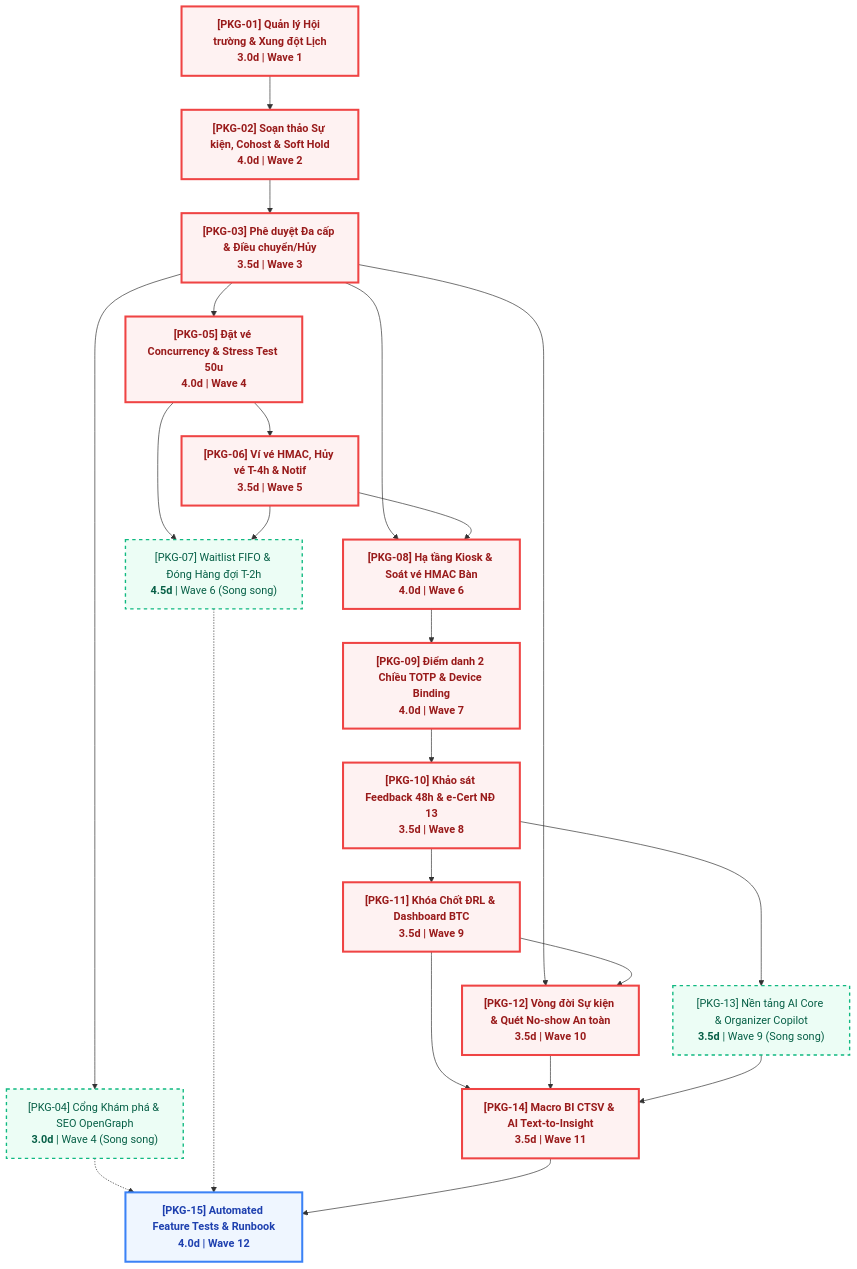
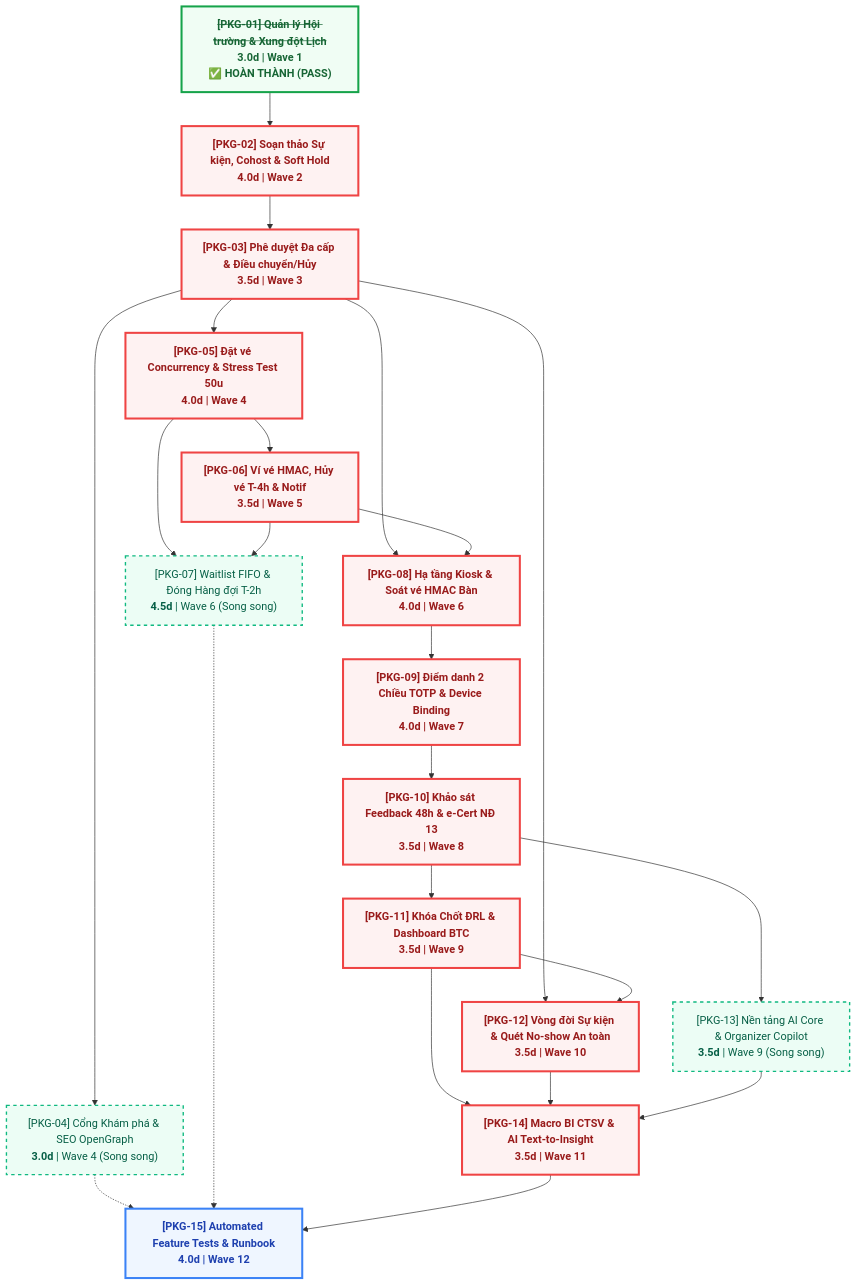
Before and after one commit to tuannba241006/CEHMainProject: the diagram in docs/plans/Phase_2_Work_Packages.md, drawn with Mermaid. The commit also changed other lines of this file and 1 other file, not shown here.

````diff
--- a/docs/plans/Phase_2_Work_Packages.md
+++ b/docs/plans/Phase_2_Work_Packages.md
@@ -45,62 +102,63 @@
 ```mermaid
 flowchart TD
     %% Node Styling Definitions
     classDef criticalPath fill:#fef2f2,stroke:#ef4444,stroke-width:3px,color:#991b1b,font-weight:bold;
     classDef parallelTrack fill:#ecfdf5,stroke:#10b981,stroke-width:2px,stroke-dasharray: 5 5,color:#065f46;
     classDef finalHarness fill:#eff6ff,stroke:#3b82f6,stroke-width:3px,color:#1e40af,font-weight:bold;
+    classDef completed fill:#f0fdf4,stroke:#16a34a,stroke-width:3px,color:#166534,font-weight:bold;
 
     %% Work Packages Nodes
-    PKG01["[PKG-01] Quản lý Hội trường & Xung đột Lịch<br/><b>3.0d</b> | Wave 1"]:::criticalPath
+    PKG01["<s>[PKG-01] Quản lý Hội trường & Xung đột Lịch</s><br/><b>3.0d</b> | Wave 1<br/>✅ <b>HOÀN THÀNH (PASS)</b>"]:::completed
     PKG02["[PKG-02] Soạn thảo Sự kiện, Cohost & Soft Hold<br/><b>4.0d</b> | Wave 2"]:::criticalPath
     PKG03["[PKG-03] Phê duyệt Đa cấp & Điều chuyển/Hủy<br/><b>3.5d</b> | Wave 3"]:::criticalPath
 
     PKG04["[PKG-04] Cổng Khám phá & SEO OpenGraph<br/><b>3.0d</b> | Wave 4 (Song song)"]:::parallelTrack
     PKG05["[PKG-05] Đặt vé Concurrency & Stress Test 50u<br/><b>4.0d</b> | Wave 4"]:::criticalPath
 
     PKG06["[PKG-06] Ví vé HMAC, Hủy vé T-4h & Notif<br/><b>3.5d</b> | Wave 5"]:::criticalPath
     PKG07["[PKG-07] Waitlist FIFO & Đóng Hàng đợi T-2h<br/><b>4.5d</b> | Wave 6 (Song song)"]:::parallelTrack
     PKG08["[PKG-08] Hạ tầng Kiosk & Soát vé HMAC Bàn<br/><b>4.0d</b> | Wave 6"]:::criticalPath
 
     PKG09["[PKG-09] Điểm danh 2 Chiều TOTP & Device Binding<br/><b>4.0d</b> | Wave 7"]:::criticalPath
     PKG10["[PKG-10] Khảo sát Feedback 48h & e-Cert NĐ 13<br/><b>3.5d</b> | Wave 8"]:::criticalPath
 
     PKG11["[PKG-11] Khóa Chốt ĐRL & Dashboard BTC<br/><b>3.5d</b> | Wave 9"]:::criticalPath
     PKG12["[PKG-12] Vòng đời Sự kiện & Quét No-show An toàn<br/><b>3.5d</b> | Wave 10"]:::criticalPath
 
     PKG13["[PKG-13] Nền tảng AI Core & Organizer Copilot<br/><b>3.5d</b> | Wave 9 (Song song)"]:::parallelTrack
     PKG14["[PKG-14] Macro BI CTSV & AI Text-to-Insight<br/><b>3.5d</b> | Wave 11"]:::criticalPath
 
     PKG15["[PKG-15] Automated Feature Tests & Runbook<br/><b>4.0d</b> | Wave 12"]:::finalHarness
 
     %% Edges (Dependencies)
     PKG01 --> PKG02
     PKG02 --> PKG03
 
     PKG03 --> PKG04
     PKG03 --> PKG05
 
     PKG05 --> PKG06
 
     PKG05 --> PKG07
     PKG06 --> PKG07
 
     PKG03 --> PKG08
     PKG06 --> PKG08
 
     PKG08 --> PKG09
     PKG09 --> PKG10
 
     PKG10 --> PKG11
     PKG10 --> PKG13
 
     PKG03 --> PKG12
     PKG11 --> PKG12
 
     PKG11 --> PKG14
     PKG12 --> PKG14
     PKG13 --> PKG14
 
     PKG04 -.-> PKG15
     PKG07 -.-> PKG15
     PKG14 --> PKG15
 ```
````
